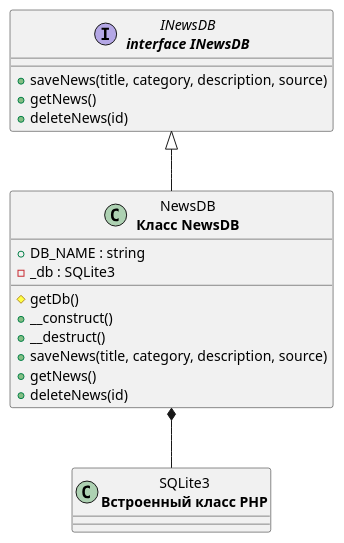
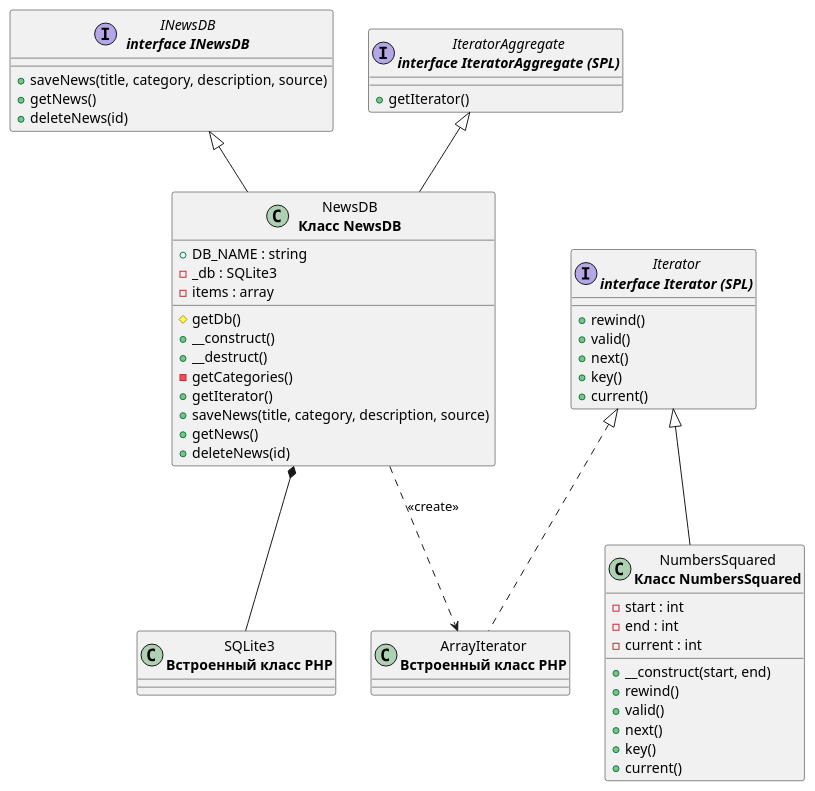
The diagram in lab4/diagrams/news_diagram.puml (Arisha2080/web), drawn with PlantUML before and after one commit. The commit also changed 13 other files, not shown here.

```diff
--- a/lab4/diagrams/news_diagram.puml
+++ b/lab4/diagrams/news_diagram.puml
@@ -1,23 +1,56 @@
 @startuml class-diagram
   interface "INewsDB\n<b>interface INewsDB</b>" as INewsDB {
     +saveNews(title, category, description, source)
     +getNews()
     +deleteNews(id)
   }
 
+  interface "Iterator\n<b>interface Iterator (SPL)</b>" as Iterator {
+    +rewind()
+    +valid()
+    +next()
+    +key()
+    +current()
+  }
+
+  interface "IteratorAggregate\n<b>interface IteratorAggregate (SPL)</b>" as IteratorAggregate {
+    +getIterator()
+  }
+
   class "NewsDB\n<b>Класс NewsDB</b>" as NewsDB {
     +DB_NAME : string
     -_db : SQLite3
+    -items : array
     #getDb()
     +__construct()
     +__destruct()
+    -getCategories()
+    +getIterator()
     +saveNews(title, category, description, source)
     +getNews()
     +deleteNews(id)
   }
 
+  class "NumbersSquared\n<b>Класс NumbersSquared</b>" as NumbersSquared {
+    -start : int
+    -end : int
+    -current : int
+    +__construct(start, end)
+    +rewind()
+    +valid()
+    +next()
+    +key()
+    +current()
+  }
+
   class "SQLite3\n<b>Встроенный класс PHP</b>" as SQLite3
 
+  class "ArrayIterator\n<b>Встроенный класс PHP</b>" as ArrayIterator
+
   INewsDB <|-- NewsDB
+  IteratorAggregate <|-- NewsDB
+  Iterator <|-- NumbersSquared
+  Iterator <|.. ArrayIterator
   NewsDB *-- SQLite3
+  NewsDB ..> ArrayIterator : <<create>>
 @enduml
```
